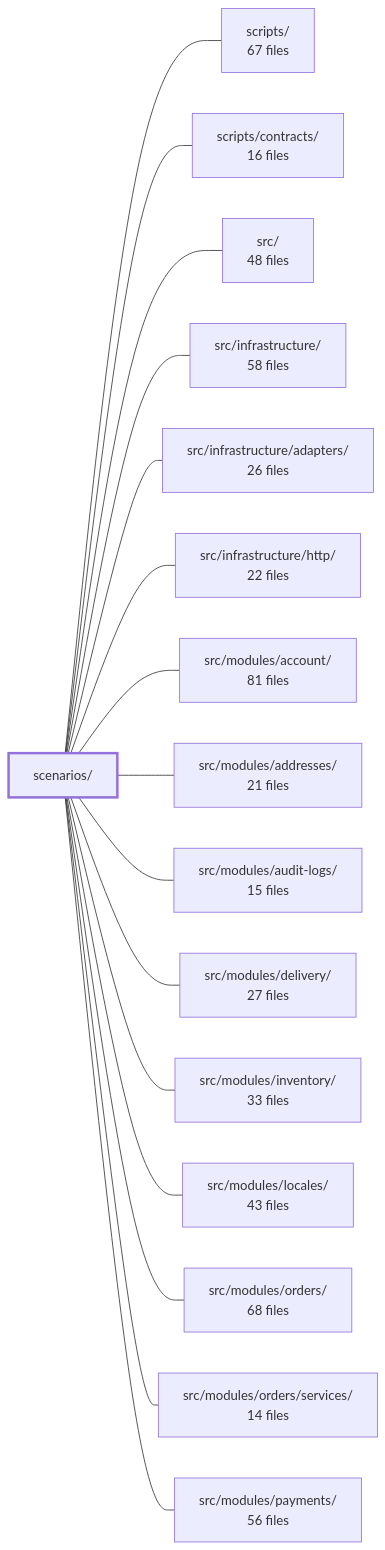
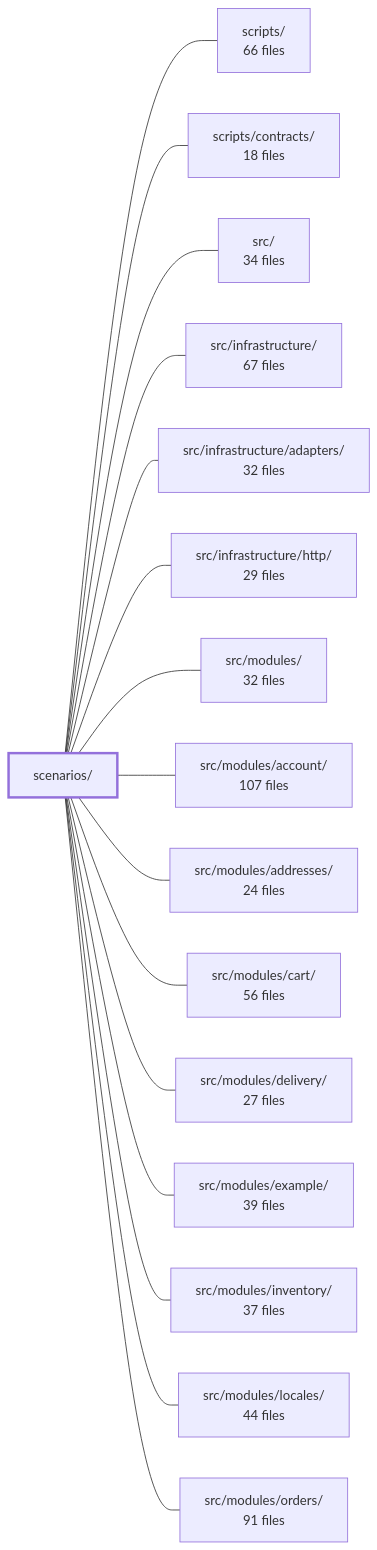
One commit to Guebbit/boilerplate-node-backend changed the diagram in .2brain/modules/boilerplate-node-backend_scenarios.md. Above: the diagram before and after it, drawn with Mermaid. The commit also changed other lines of this file and 106 other files, not shown here.

````diff
--- a/.2brain/modules/boilerplate-node-backend_scenarios.md
+++ b/.2brain/modules/boilerplate-node-backend_scenarios.md
@@ -41,35 +40,35 @@
 ```mermaid
 flowchart LR
     m_scenarios["scenarios/"]
-    m_scripts["scripts/<br/>67 files"]
-    m_scripts_contracts["scripts/contracts/<br/>16 files"]
-    m_src["src/<br/>48 files"]
-    m_src_infrastructure["src/infrastructure/<br/>58 files"]
-    m_src_infrastructure_adapters["src/infrastructure/adapters/<br/>26 files"]
-    m_src_infrastructure_http["src/infrastructure/http/<br/>22 files"]
-    m_src_modules_account["src/modules/account/<br/>81 files"]
-    m_src_modules_addresses["src/modules/addresses/<br/>21 files"]
-    m_src_modules_audit_logs["src/modules/audit-logs/<br/>15 files"]
+    m_scripts["scripts/<br/>66 files"]
+    m_scripts_contracts["scripts/contracts/<br/>18 files"]
+    m_src["src/<br/>34 files"]
+    m_src_infrastructure["src/infrastructure/<br/>67 files"]
+    m_src_infrastructure_adapters["src/infrastructure/adapters/<br/>32 files"]
+    m_src_infrastructure_http["src/infrastructure/http/<br/>29 files"]
+    m_src_modules["src/modules/<br/>32 files"]
+    m_src_modules_account["src/modules/account/<br/>107 files"]
+    m_src_modules_addresses["src/modules/addresses/<br/>24 files"]
+    m_src_modules_cart["src/modules/cart/<br/>56 files"]
     m_src_modules_delivery["src/modules/delivery/<br/>27 files"]
-    m_src_modules_inventory["src/modules/inventory/<br/>33 files"]
-    m_src_modules_locales["src/modules/locales/<br/>43 files"]
-    m_src_modules_orders["src/modules/orders/<br/>68 files"]
-    m_src_modules_orders_services["src/modules/orders/services/<br/>14 files"]
-    m_src_modules_payments["src/modules/payments/<br/>56 files"]
+    m_src_modules_example["src/modules/example/<br/>39 files"]
+    m_src_modules_inventory["src/modules/inventory/<br/>37 files"]
+    m_src_modules_locales["src/modules/locales/<br/>44 files"]
+    m_src_modules_orders["src/modules/orders/<br/>91 files"]
     m_scenarios --- m_scripts
     m_scenarios --- m_scripts_contracts
     m_scenarios --- m_src
     m_scenarios --- m_src_infrastructure
     m_scenarios --- m_src_infrastructure_adapters
     m_scenarios --- m_src_infrastructure_http
+    m_scenarios --- m_src_modules
     m_scenarios --- m_src_modules_account
     m_scenarios --- m_src_modules_addresses
-    m_scenarios --- m_src_modules_audit_logs
+    m_scenarios --- m_src_modules_cart
     m_scenarios --- m_src_modules_delivery
+    m_scenarios --- m_src_modules_example
     m_scenarios --- m_src_modules_inventory
     m_scenarios --- m_src_modules_locales
     m_scenarios --- m_src_modules_orders
-    m_scenarios --- m_src_modules_orders_services
-    m_scenarios --- m_src_modules_payments
     style m_scenarios stroke-width:3px
 ```
````
